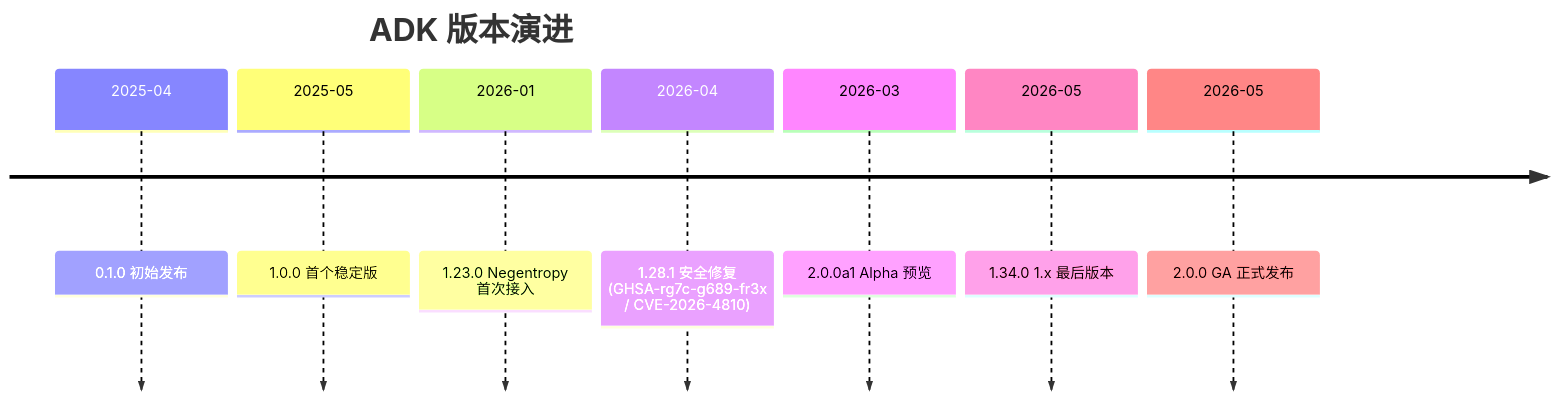
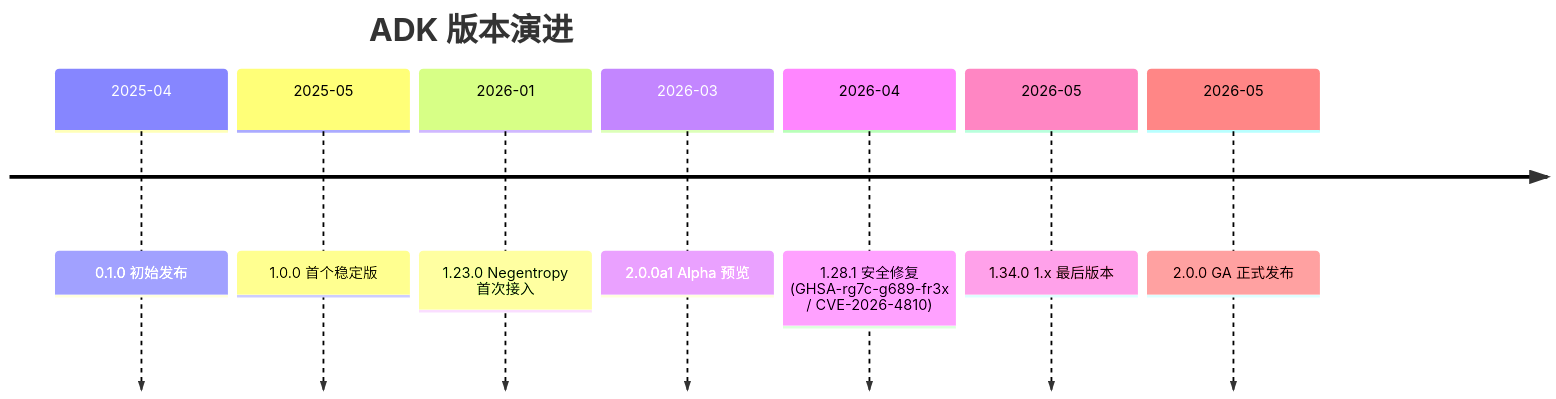
Before and after one commit to ThreeFish-AI/negentropy: the first of 5 diagrams in docs/research/020b-adk-2.0-upgrade.md, drawn with Mermaid. The commit also changed other lines of this file and 2 other files, not shown here.

````diff
--- a/docs/research/020b-adk-2.0-upgrade.md
+++ b/docs/research/020b-adk-2.0-upgrade.md
@@ -29,11 +29,11 @@
 ```mermaid
 timeline
     title ADK 版本演进
     2025-04 : 0.1.0 初始发布
     2025-05 : 1.0.0 首个稳定版
     2026-01 : 1.23.0 Negentropy 首次接入
+    2026-03 : 2.0.0a1 Alpha 预览
     2026-04 : 1.28.1 安全修复 (GHSA-rg7c-g689-fr3x / CVE-2026-4810)
-    2026-03 : 2.0.0a1 Alpha 预览
     2026-05 : 1.34.0 1.x 最后版本
     2026-05 : 2.0.0 GA 正式发布
 ```
````
